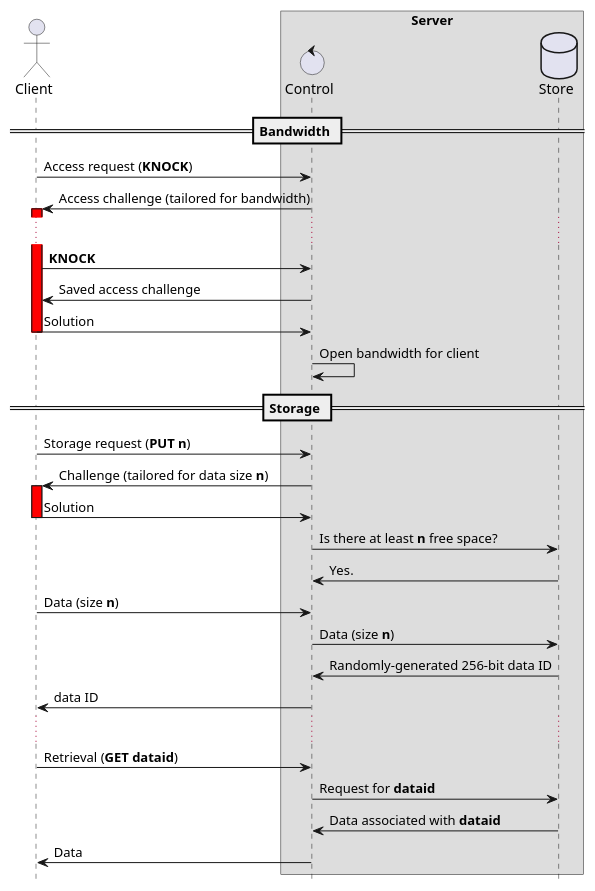
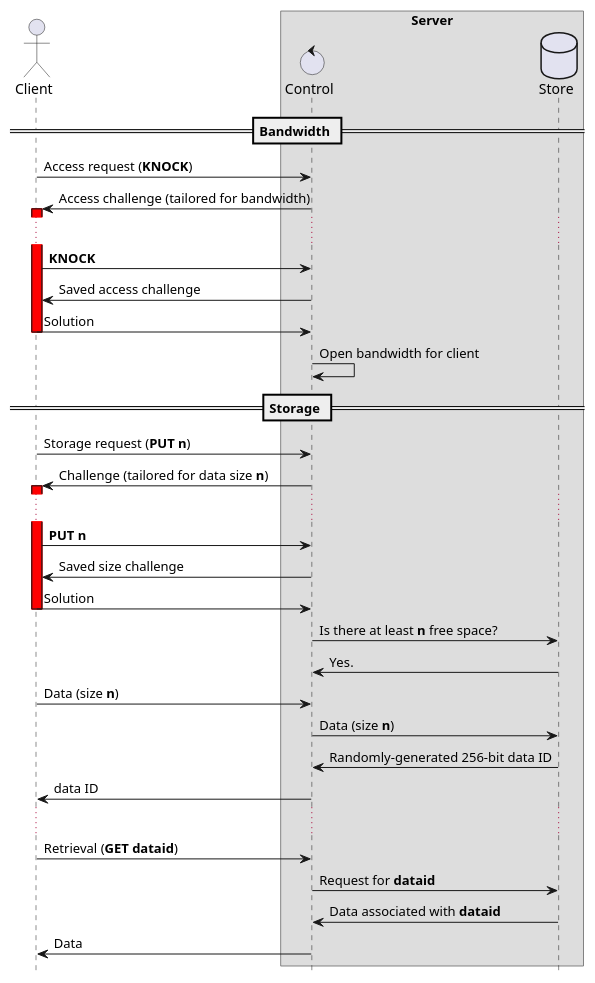
Before and after one commit to iasds/Datura-Network: the diagram in Poc/6.2-space-allocation/README.md, drawn with PlantUML.

Commit message:
space-allocation(spec): allow disconnection after challenge

````diff
--- a/Poc/6.2-space-allocation/README.md
+++ b/Poc/6.2-space-allocation/README.md
@@ -4,47 +4,52 @@
 ```plantuml
 @startuml
 actor Client
 box "Server"
 control Control
 database Store
 end box
 
 hide footbox
 
 == Bandwidth ==
 
 Client -> Control : Access request (**KNOCK**)
 
 Client <- Control ++ #red : Access challenge (tailored for bandwidth)
 
 ...
 
 Client -> Control : **KNOCK**
 Client <- Control : Saved access challenge
 Client -> Control -- : Solution
 
 Control -> Control : Open bandwidth for client
 
 == Storage ==
 
 Client -> Control : Storage request (**PUT n**)
 Client <- Control ++ #red : Challenge (tailored for data size **n**)
+
+...
+
+Client -> Control : **PUT n**
+Client <- Control : Saved size challenge
 Client -> Control -- : Solution
 
 Control -> Store : Is there at least **n** free space?
 Control <- Store : Yes.
 
 
 Client -> Control : Data (size **n**)
 Control -> Store : Data (size **n**)
 Control <- Store : Randomly-generated 256-bit data ID
 Client <- Control : data ID
 
 ...
 
 Client -> Control : Retrieval (**GET dataid**)
 Control -> Store : Request for **dataid**
 Control <- Store : Data associated with **dataid**
 Client <- Control : Data
 @enduml
 ```
````
